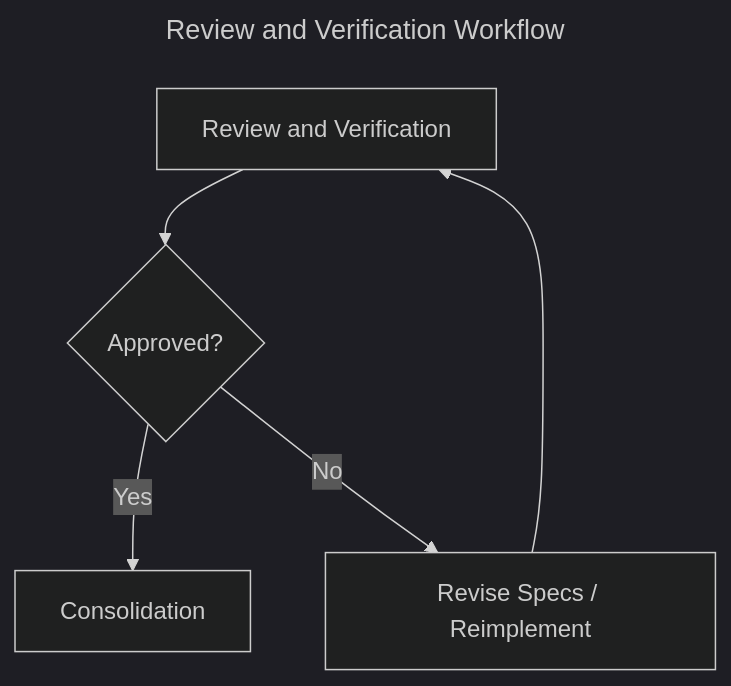
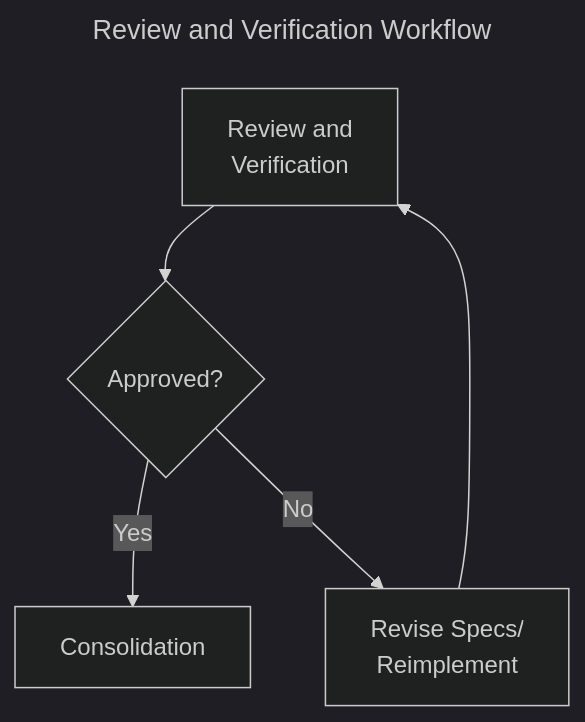
Before and after one commit to mtov/AgileSpec: the seventh of 9 diagrams in README.md, drawn with Mermaid (dark theme). The commit also changed other lines of this file, not shown here.

Commit message:
docs: improve diagram layouts and remove redundant principles diagram

````diff
--- a/README.md
+++ b/README.md
@@ -394,10 +394,10 @@
 ```mermaid
 ---
 title: Review and Verification Workflow
 ---
 flowchart TD
-    A["Review and Verification"] --> B{"Approved?"}
+    A["Review and<br/>Verification"] --> B{"Approved?"}
     B -->|Yes| C["Consolidation"]
-    B -->|No| D["Revise Specs / Reimplement"]
+    B -->|No| D["Revise Specs/<br/>Reimplement"]
     D --> A
 ```
````
